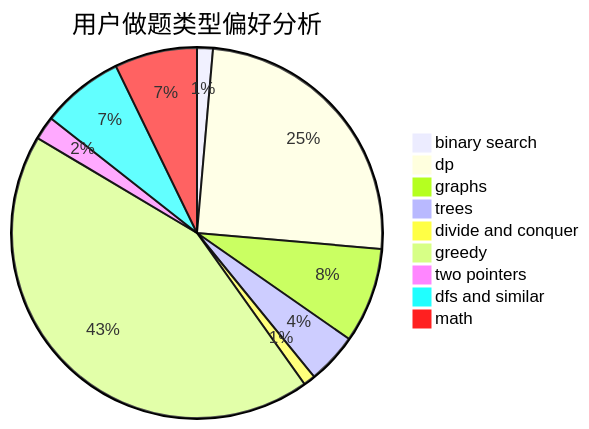
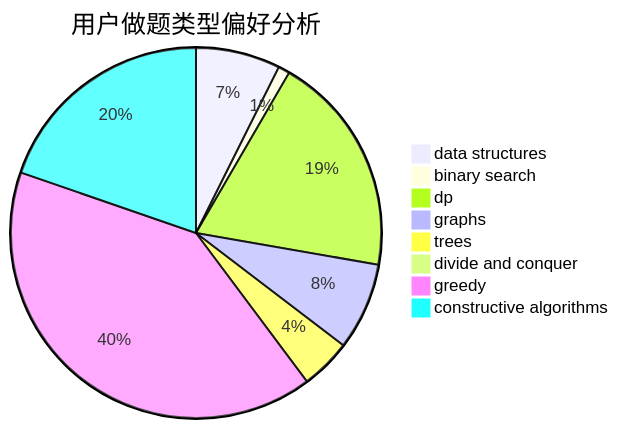
The second of 3 diagrams in docs/user/u1578.md (sherpahu/cfrs.github.io), drawn with Mermaid before and after one commit. The commit also changed other lines of this file and 2775 other files, not shown here.

````diff
--- a/docs/user/u1578.md
+++ b/docs/user/u1578.md
@@ -23,12 +23,11 @@
 ```mermaid
 pie title 用户做题类型偏好分析
-    "binary search" :  44
-    "dp" :  795
-    "graphs" :  264
-    "trees" :  141
-    "divide and conquer" :  33
-    "greedy" :  1380
-    "two pointers" :  65
-    "dfs and similar" :  229
-    "math" :  229
+    "data structures" :  175
+    "binary search" :  24
+    "dp" :  460
+    "graphs" :  181
+    "trees" :  105
+    "divide and conquer" :  9
+    "greedy" :  962
+    "constructive algorithms" :  468
 ```
````
